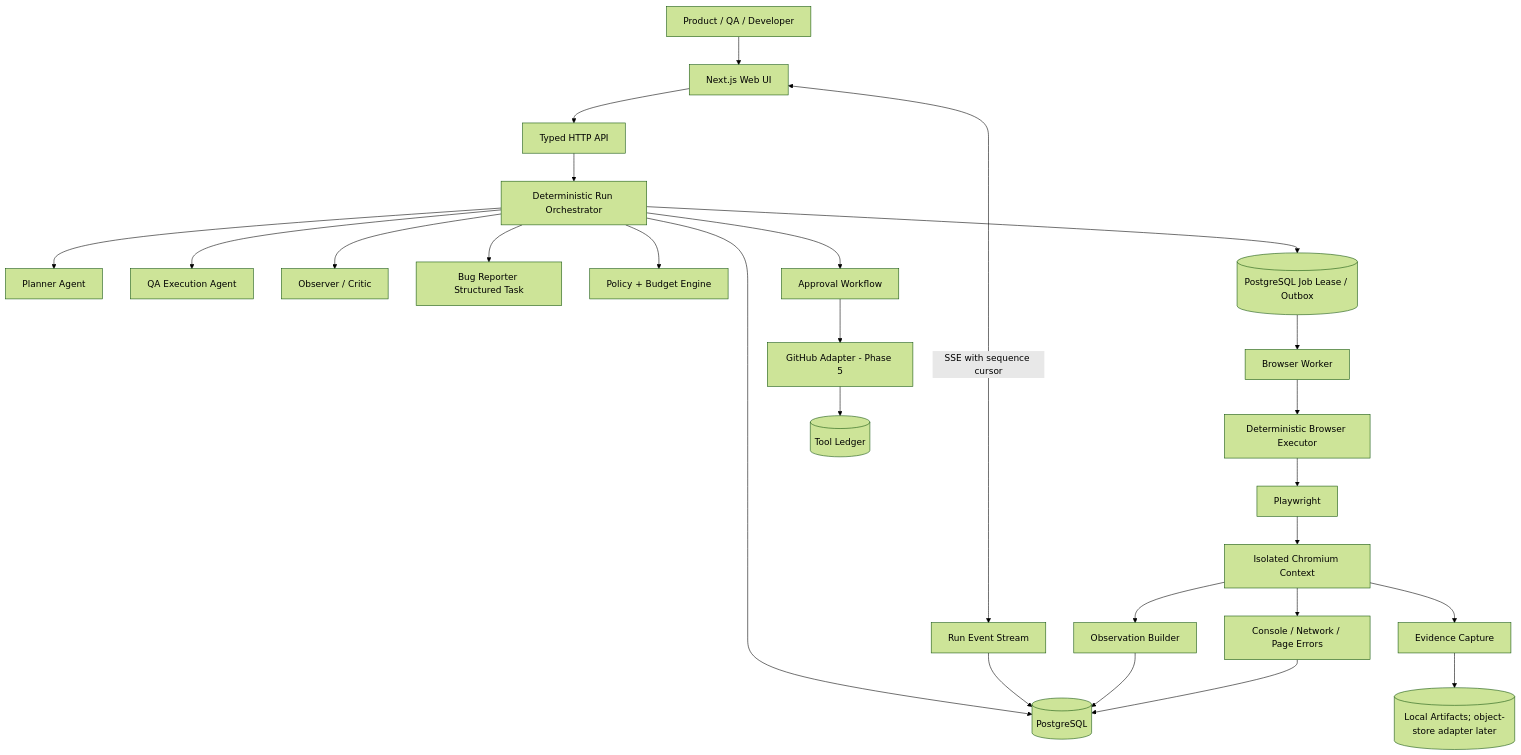
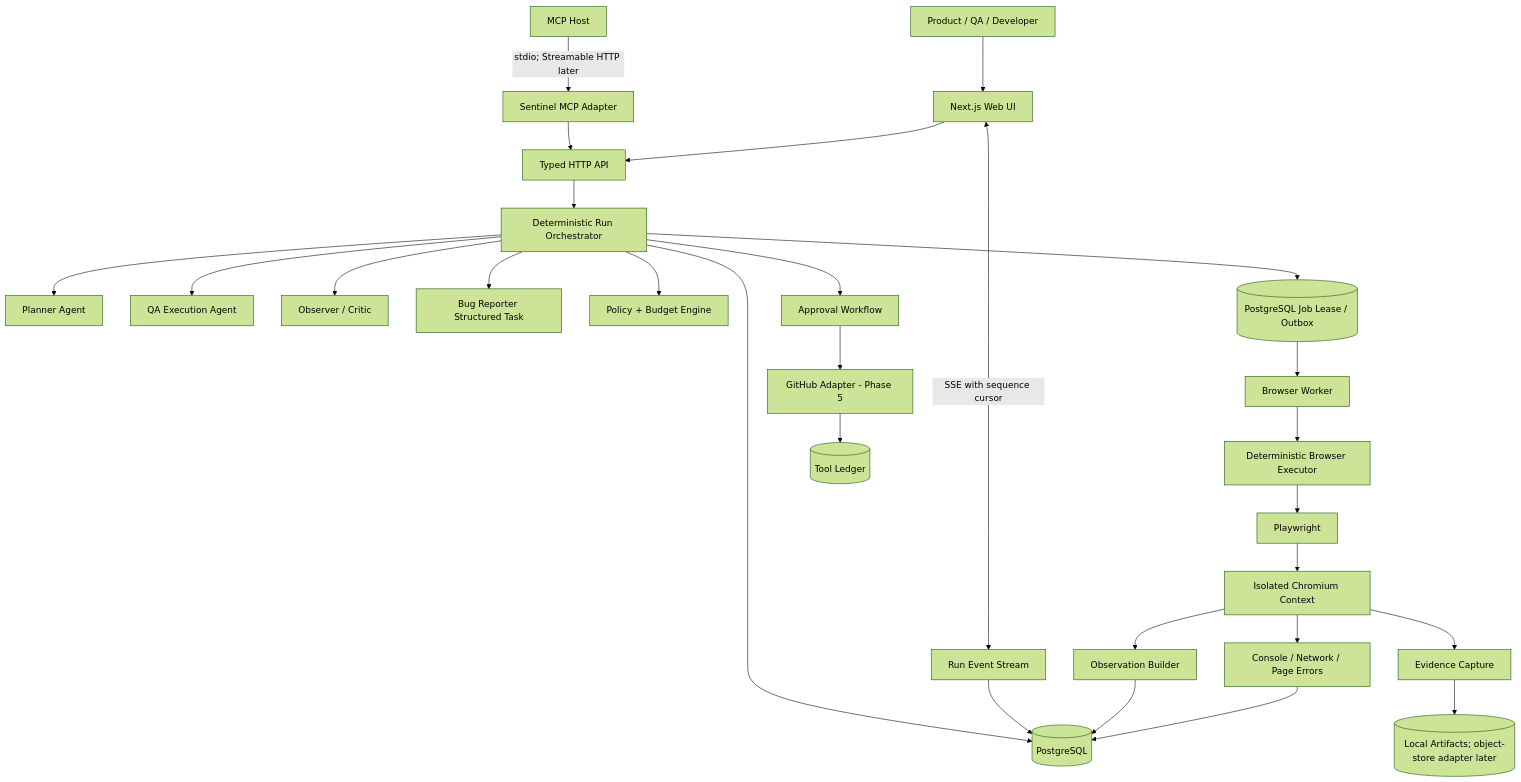
Before and after one commit to Ey1111/sentinel-ai-release-qa-agent: the first of 5 diagrams in docs/architecture.md, drawn with Mermaid (forest theme). The commit also changed other lines of this file and 99 other files, not shown here.

````diff
--- a/docs/architecture.md
+++ b/docs/architecture.md
@@ -16,33 +16,35 @@
 ```mermaid
 flowchart TB
     User[Product / QA / Developer] --> Web[Next.js Web UI]
+    Host[MCP Host] -->|stdio; Streamable HTTP later| MCP[Sentinel MCP Adapter]
+    MCP --> API
     Web --> API[Typed HTTP API]
     Web <-->|SSE with sequence cursor| Events[Run Event Stream]
 
     API --> Orchestrator[Deterministic Run Orchestrator]
     Orchestrator --> Planner[Planner Agent]
     Orchestrator --> QA[QA Execution Agent]
     Orchestrator --> Critic[Observer / Critic]
     Orchestrator --> BugTask[Bug Reporter Structured Task]
     Orchestrator --> Policy[Policy + Budget Engine]
 
     Orchestrator --> Jobs[(PostgreSQL Job Lease / Outbox)]
     Orchestrator --> DB[(PostgreSQL)]
     Events --> DB
 
     Jobs --> Worker[Browser Worker]
     Worker --> Executor[Deterministic Browser Executor]
     Executor --> PW[Playwright]
     PW --> Browser[Isolated Chromium Context]
 
     Browser --> Snapshot[Observation Builder]
     Browser --> Telemetry[Console / Network / Page Errors]
     Browser --> Capture[Evidence Capture]
     Snapshot --> DB
     Telemetry --> DB
     Capture --> Artifacts[(Local Artifacts; object-store adapter later)]
 
     Orchestrator --> Approval[Approval Workflow]
     Approval --> GitHub[GitHub Adapter - Phase 5]
     GitHub --> Ledger[(Tool Ledger)]
 ```
````
